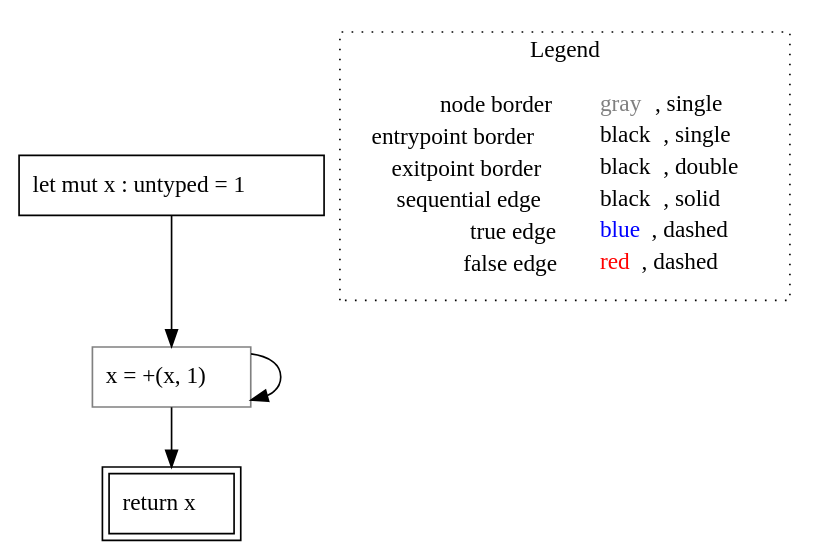
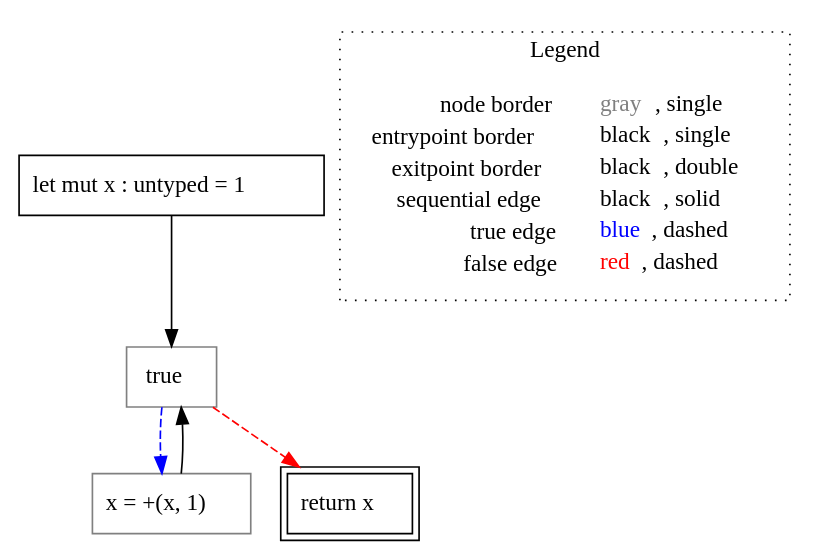
Before and after one commit to VincenzoArceri/rust-lisa: the diagram in rust-lisa/rust-testcases/cfg/return/i32_rust-testcases_cfg_return_return.rs.func4().dot, drawn with Graphviz. The commit also changed 7 other files, not shown here.

```diff
--- a/rust-lisa/rust-testcases/cfg/return/i32_rust-testcases_cfg_return_return.rs.func4().dot
+++ b/rust-lisa/rust-testcases/cfg/return/i32_rust-testcases_cfg_return_return.rs.func4().dot
@@ -1,15 +1,17 @@
 digraph {
 	"node0" [shape="rect",color="black",label=<let mut x : untyped = 1>];
-	"node1" [shape="rect",color="gray",label=<x = +(x, 1)>];
-	"node2" [shape="rect",color="black",peripheries="2",label=<return x>];
-	"node1" -> "node1" [color="black"];
-	"node1" -> "node2" [color="black"];
+	"node1" [shape="rect",color="gray",label=<true>];
+	"node2" [shape="rect",color="gray",label=<x = +(x, 1)>];
+	"node3" [shape="rect",color="black",peripheries="2",label=<return x>];
+	"node1" -> "node2" [color="blue",style="dashed"];
+	"node1" -> "node3" [color="red",style="dashed"];
+	"node2" -> "node1" [color="black"];
 	"node0" -> "node1" [color="black"];
 subgraph cluster_legend {
 	label="Legend";
 	style=dotted;
 	node [shape=plaintext];
 	"legend" [label=<<table border="0" cellpadding="2" cellspacing="0" cellborder="0"><tr><td align="right">node border&nbsp;</td><td align="left"><font color="gray">gray</font>, single</td></tr><tr><td align="right">entrypoint border&nbsp;</td><td align="left"><font color="black">black</font>, single</td></tr><tr><td align="right">exitpoint border&nbsp;</td><td align="left"><font color="black">black</font>, double</td></tr><tr><td align="right">sequential edge&nbsp;</td><td align="left"><font color="black">black</font>, solid</td></tr><tr><td align="right">true edge&nbsp;</td><td align="left"><font color="blue">blue</font>, dashed</td></tr><tr><td align="right">false edge&nbsp;</td><td align="left"><font color="red">red</font>, dashed</td></tr></table>>];
 }
 
 }
```
